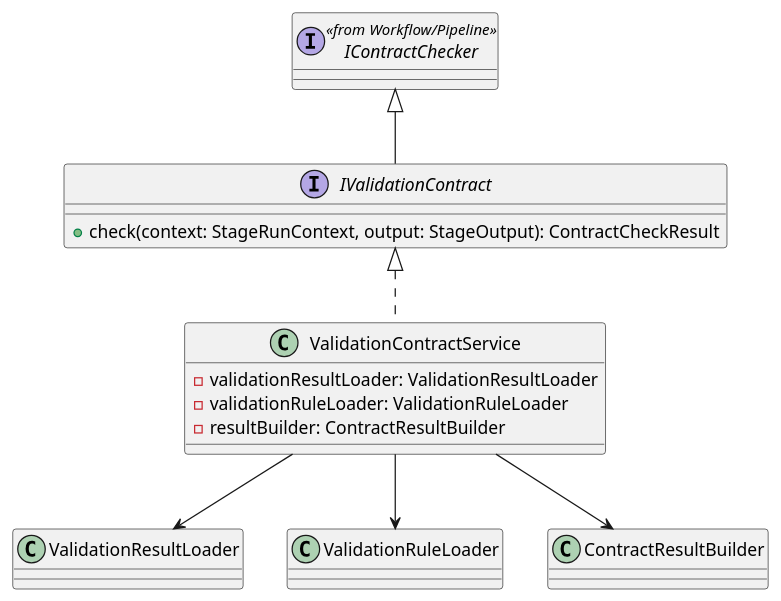
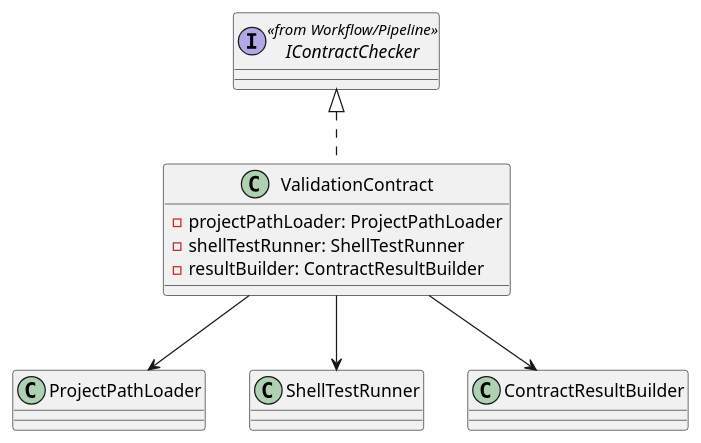
The first of 2 diagrams in meta_layer/docs/design_docs/Contract/ValidationContract.md (lucky-chen/ai_workflow_travel), drawn with PlantUML before and after one commit. The commit also changed other lines of this file and 12 other files, not shown here.

First line of the commit message:
[AI] gpt-5.4: align stage pipeline document io flow

````diff
--- a/meta_layer/docs/design_docs/Contract/ValidationContract.md
+++ b/meta_layer/docs/design_docs/Contract/ValidationContract.md
@@ -36,24 +36,19 @@
 ```plantuml
 @startuml
-interface IValidationContract {
-  +check(context: StageRunContext, output: StageOutput): ContractCheckResult
-}
-
-class ValidationContractService {
-  -validationResultLoader: ValidationResultLoader
-  -validationRuleLoader: ValidationRuleLoader
+class ValidationContract {
+  -projectPathLoader: ProjectPathLoader
+  -shellTestRunner: ShellTestRunner
   -resultBuilder: ContractResultBuilder
 }
 
-class ValidationResultLoader
-class ValidationRuleLoader
+class ProjectPathLoader
+class ShellTestRunner
 class ContractResultBuilder
 
 interface IContractChecker <<from Workflow/Pipeline>>
-IContractChecker <|-- IValidationContract
-IValidationContract <|.. ValidationContractService
-ValidationContractService --> ValidationResultLoader
-ValidationContractService --> ValidationRuleLoader
-ValidationContractService --> ContractResultBuilder
+IContractChecker <|.. ValidationContract
+ValidationContract --> ProjectPathLoader
+ValidationContract --> ShellTestRunner
+ValidationContract --> ContractResultBuilder
 @enduml
 ```
````
